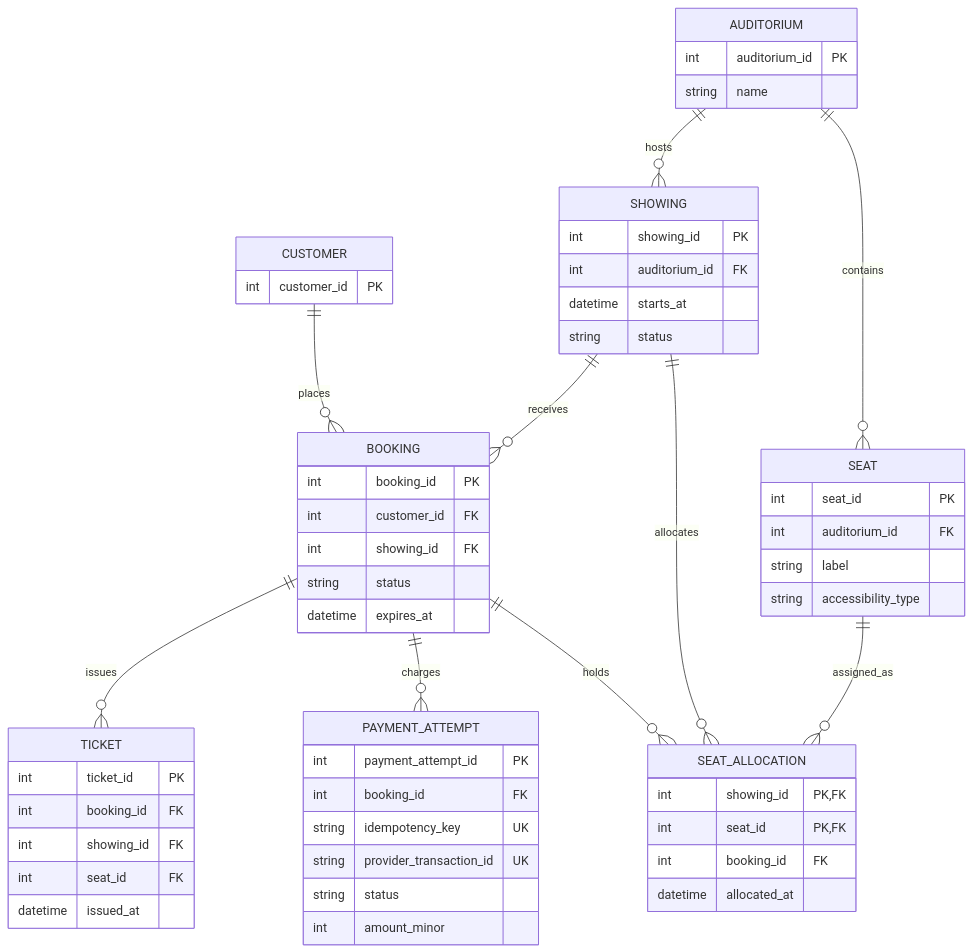
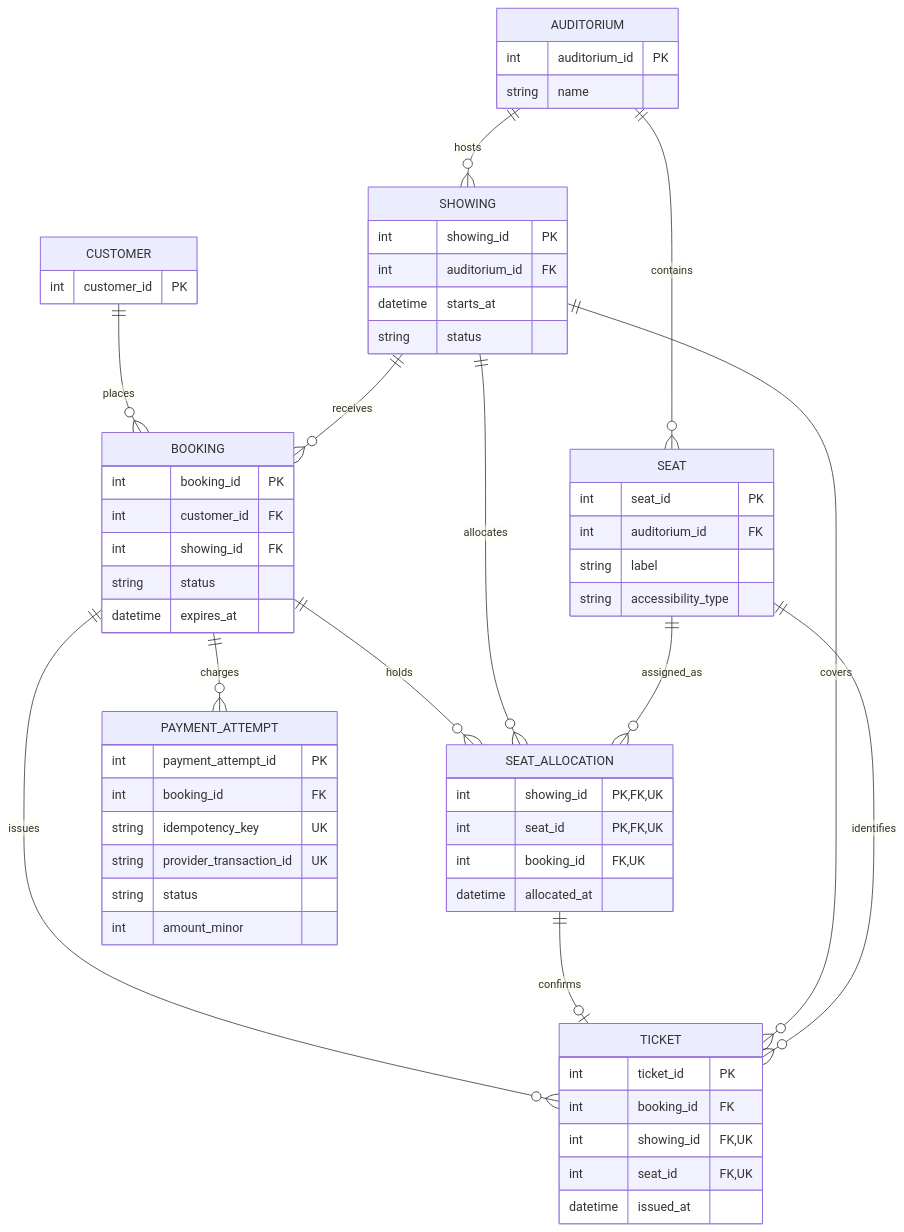
The second of 2 diagrams in solutions/system-design/08-movie-theater-seat-booking.md (ehuerta6/bloomberg-interview-practice), drawn with Mermaid before and after one commit. The commit also changed other lines of this file and 16 other files, not shown here.

````diff
--- a/solutions/system-design/08-movie-theater-seat-booking.md
+++ b/solutions/system-design/08-movie-theater-seat-booking.md
@@ -51,60 +51,63 @@
 ```mermaid
 erDiagram
     CUSTOMER ||--o{ BOOKING : places
     AUDITORIUM ||--o{ SEAT : contains
     AUDITORIUM ||--o{ SHOWING : hosts
     SHOWING ||--o{ BOOKING : receives
     BOOKING ||--o{ SEAT_ALLOCATION : holds
     SHOWING ||--o{ SEAT_ALLOCATION : allocates
     SEAT ||--o{ SEAT_ALLOCATION : assigned_as
     BOOKING ||--o{ PAYMENT_ATTEMPT : charges
     BOOKING ||--o{ TICKET : issues
+    SEAT_ALLOCATION ||--o| TICKET : confirms
+    SHOWING ||--o{ TICKET : covers
+    SEAT ||--o{ TICKET : identifies
 
     CUSTOMER {
         int customer_id PK
     }
     AUDITORIUM {
         int auditorium_id PK
         string name
     }
     SEAT {
         int seat_id PK
         int auditorium_id FK
         string label
         string accessibility_type
     }
     SHOWING {
         int showing_id PK
         int auditorium_id FK
         datetime starts_at
         string status
     }
     BOOKING {
         int booking_id PK
         int customer_id FK
         int showing_id FK
         string status
         datetime expires_at
     }
     SEAT_ALLOCATION {
-        int showing_id PK, FK
-        int seat_id PK, FK
-        int booking_id FK
+        int showing_id PK, FK, UK
+        int seat_id PK, FK, UK
+        int booking_id FK, UK
         datetime allocated_at
     }
     PAYMENT_ATTEMPT {
         int payment_attempt_id PK
         int booking_id FK
         string idempotency_key UK
         string provider_transaction_id UK
         string status
         int amount_minor
     }
     TICKET {
         int ticket_id PK
         int booking_id FK
-        int showing_id FK
-        int seat_id FK
+        int showing_id FK, UK
+        int seat_id FK, UK
         datetime issued_at
     }
 ```
````
